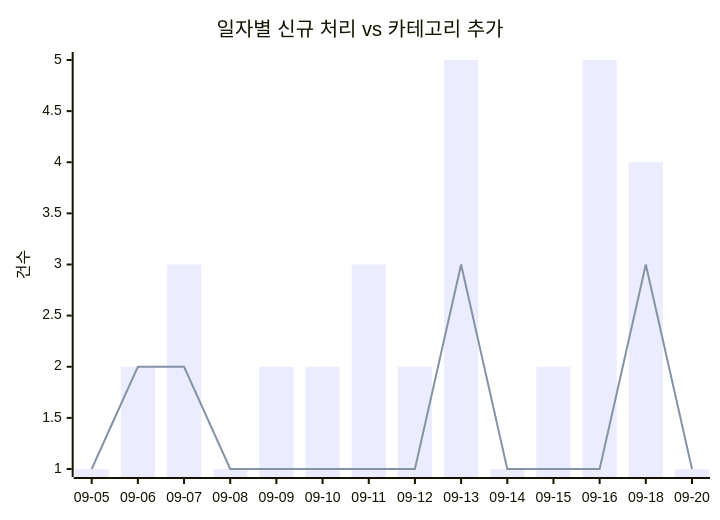
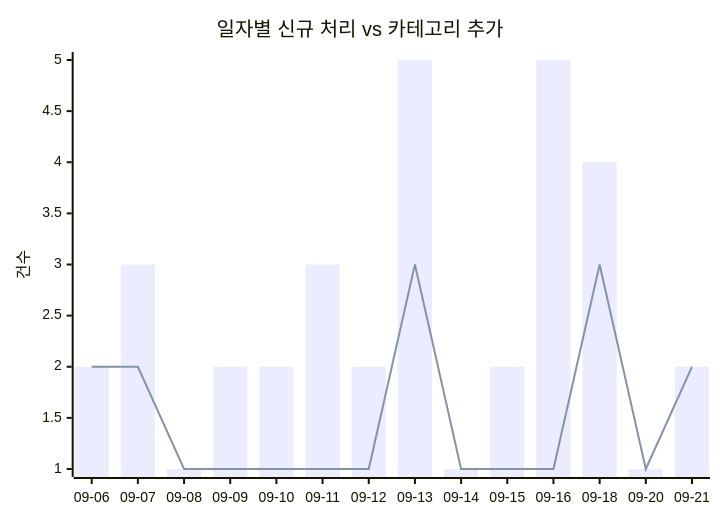
Before and after one commit to J-nowcow/awesome-korean-agent-skills: the first of 2 diagrams in docs/trends.md, drawn with Mermaid. The commit also changed other lines of this file and 5 other files, not shown here.

````diff
--- a/docs/trends.md
+++ b/docs/trends.md
@@ -32,8 +32,8 @@
 ```mermaid
 xychart-beta
     title "일자별 신규 처리 vs 카테고리 추가"
-    x-axis ["09-05","09-06","09-07","09-08","09-09","09-10","09-11","09-12","09-13","09-14","09-15","09-16","09-18","09-20"]
+    x-axis ["09-06","09-07","09-08","09-09","09-10","09-11","09-12","09-13","09-14","09-15","09-16","09-18","09-20","09-21"]
     y-axis "건수"
-    bar [1,2,3,1,2,2,3,2,5,1,2,5,4,1]
-    line [1,2,2,1,1,1,1,1,3,1,1,1,3,1]
+    bar [2,3,1,2,2,3,2,5,1,2,5,4,1,2]
+    line [2,2,1,1,1,1,1,3,1,1,1,3,1,2]
 ```
````
